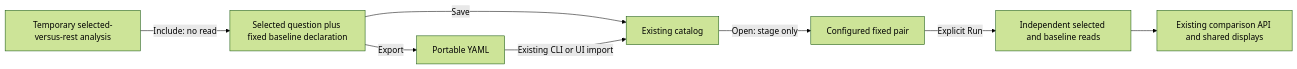
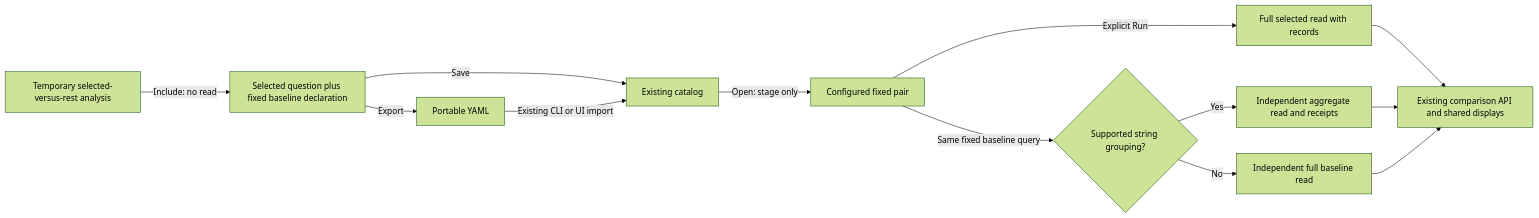
Before and after one commit to casselc/goo: the diagram in docs/SAVED_COHORT_QUERIES.md, drawn with Mermaid (forest theme). The commit also changed other lines of this file and 20 other files, not shown here.

Commit message:
perf: read aggregates for supported fixed comparison baselines

````diff
--- a/docs/SAVED_COHORT_QUERIES.md
+++ b/docs/SAVED_COHORT_QUERIES.md
@@ -81,10 +86,15 @@
 ```mermaid
 flowchart LR
   T[Temporary selected-versus-rest analysis] -->|Include: no read| D[Selected question plus fixed baseline declaration]
   D -->|Save| C[Existing catalog]
   D -->|Export| Y[Portable YAML]
   Y -->|Existing CLI or UI import| C
   C -->|Open: stage only| Q[Configured fixed pair]
-  Q -->|Explicit Run| R[Independent selected and baseline reads]
-  R --> V[Existing comparison API and shared displays]
+  Q -->|Explicit Run| S[Full selected read with records]
+  Q -->|Same fixed baseline query| B{Supported string grouping?}
+  B -->|Yes| A[Independent aggregate read and receipts]
+  B -->|No| F[Independent full baseline read]
+  S --> V[Existing comparison API and shared displays]
+  A --> V
+  F --> V
 ```
````
